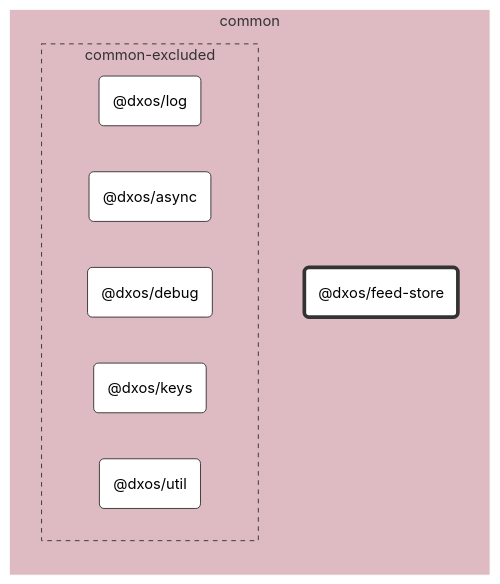
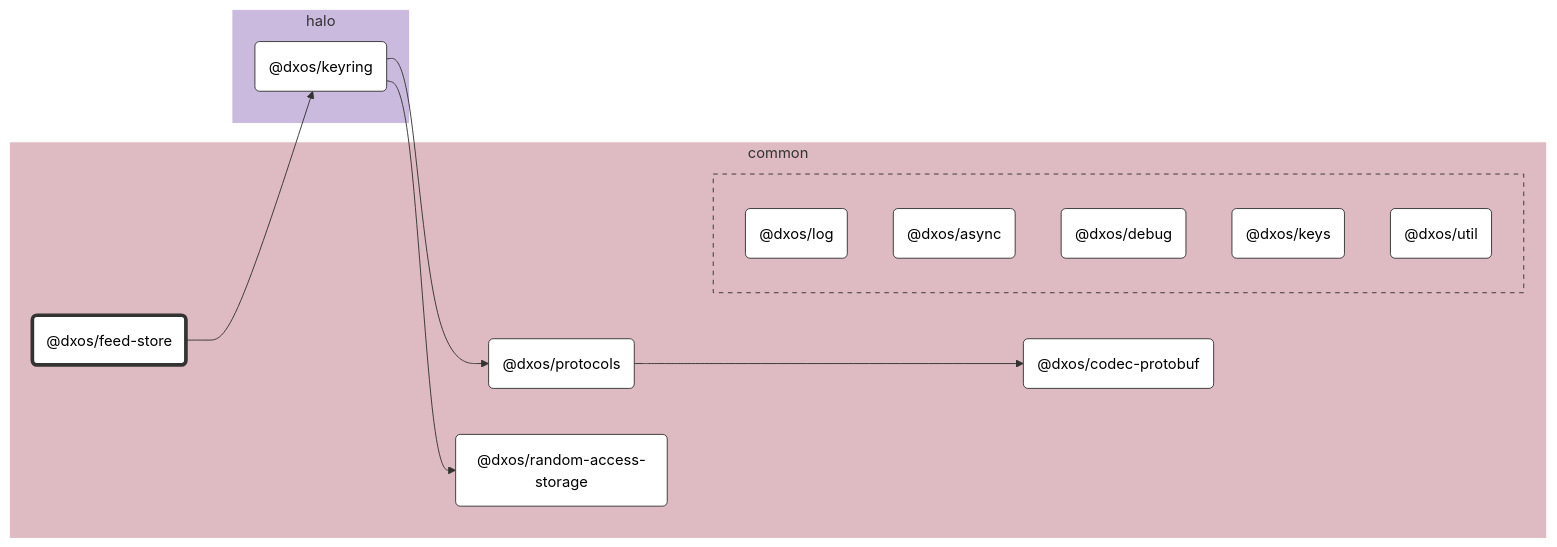
The diagram in packages/common/feed-store/docs/README.md (dxos/dxos), drawn with Mermaid (neutral theme) before and after one commit. The commit also changed other lines of this file and 52 other files, not shown here.

````diff
--- a/packages/common/feed-store/docs/README.md
+++ b/packages/common/feed-store/docs/README.md
@@ -7,34 +7,50 @@
 ```mermaid
 %%{ init: {'flowchart':{'curve':'basis'}} }%%
 
 flowchart LR
 
 %% Classes
 classDef def fill:#fff,stroke:#333,stroke-width:1px
 classDef root fill:#fff,stroke:#333,stroke-width:4px
 
 %% Nodes
 
 subgraph common [common]
   style common fill:#debac2,stroke:#fff
   dxos/feed-store("@dxos/feed-store"):::root
   click dxos/feed-store "dxos/dxos/tree/main/packages/common/feed-store/docs"
+  dxos/codec-protobuf("@dxos/codec-protobuf"):::def
+  click dxos/codec-protobuf "dxos/dxos/tree/main/packages/common/codec-protobuf/docs"
+  dxos/protocols("@dxos/protocols"):::def
+  click dxos/protocols "dxos/dxos/tree/main/packages/common/protocols/docs"
+  dxos/random-access-storage("@dxos/random-access-storage"):::def
+  click dxos/random-access-storage "dxos/dxos/tree/main/packages/common/random-access-storage/docs"
 
-  subgraph common-excluded [common-excluded]
+  subgraph common-excluded [ ]
     style common-excluded fill:#debac2,stroke:#333,stroke-dasharray:5 5
     dxos/log("@dxos/log"):::def
     click dxos/log "dxos/dxos/tree/main/packages/common/log/docs"
     dxos/async("@dxos/async"):::def
     click dxos/async "dxos/dxos/tree/main/packages/common/async/docs"
     dxos/debug("@dxos/debug"):::def
     click dxos/debug "dxos/dxos/tree/main/packages/common/debug/docs"
     dxos/keys("@dxos/keys"):::def
     click dxos/keys "dxos/dxos/tree/main/packages/common/keys/docs"
     dxos/util("@dxos/util"):::def
     click dxos/util "dxos/dxos/tree/main/packages/common/util/docs"
   end
 end
 
+subgraph halo [halo]
+  style halo fill:#cabade,stroke:#fff
+  dxos/keyring("@dxos/keyring"):::def
+  click dxos/keyring "dxos/dxos/tree/main/packages/halo/keyring/docs"
+end
+
 %% Links
 linkStyle default stroke:#333,stroke-width:1px
+dxos/feed-store --> dxos/keyring
+dxos/keyring --> dxos/protocols
+dxos/protocols --> dxos/codec-protobuf
+dxos/keyring --> dxos/random-access-storage
 ```
````
